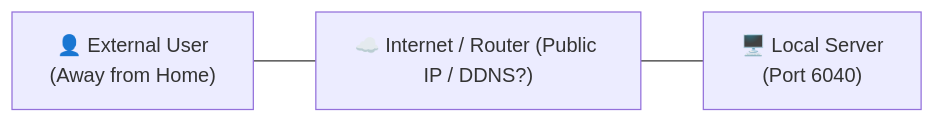
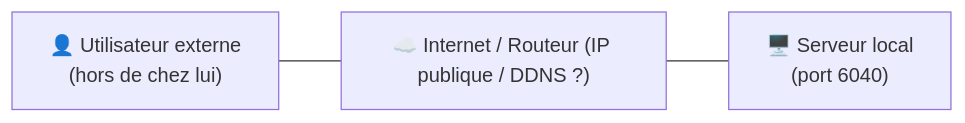
One commit to Librefolio/LibreFolio changed the first of 3 diagrams in mkdocs_src/docs/admin/service_exposure.fr.md. Above: the diagram before and after it, drawn with Mermaid. The commit also changed other lines of this file and 2 other files, not shown here.

````diff
--- a/mkdocs_src/docs/admin/service_exposure.fr.md
+++ b/mkdocs_src/docs/admin/service_exposure.fr.md
@@ -34,5 +34,5 @@
 ```mermaid
 graph LR
-    User["👤 External User<br>(Away from Home)"] --- Cloud["☁️ Internet / Router (Public IP / DDNS?)"]
-    Cloud --- Server["🖥️ Local Server<br>(Port 6040)"]
+    User["👤 Utilisateur externe<br>(hors de chez lui)"] --- Cloud["☁️ Internet / Routeur (IP publique / DDNS ?)"]
+    Cloud --- Server["🖥️ Serveur local<br>(port 6040)"]
 ```
````
